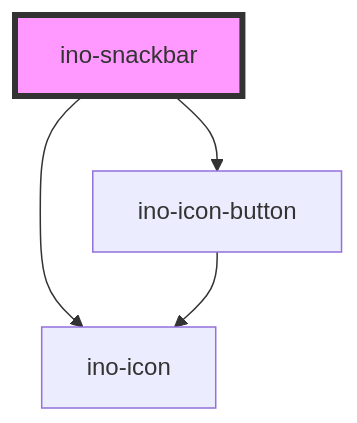
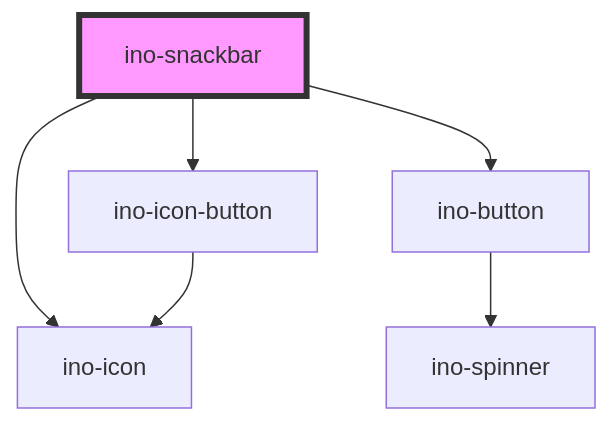
One commit to inovex/elements changed the diagram in packages/elements/src/components/ino-snackbar/readme.md. Above: the diagram before and after it, drawn with Mermaid. The commit also changed other lines of this file and 9 other files, not shown here.

Commit message:
feat(elements|ino-snackbar): improve accessibility for all snackbar variants

````diff
--- a/packages/elements/src/components/ino-snackbar/readme.md
+++ b/packages/elements/src/components/ino-snackbar/readme.md
@@ -55,7 +58,9 @@
 ```mermaid
 graph TD;
   ino-snackbar --> ino-icon
+  ino-snackbar --> ino-button
   ino-snackbar --> ino-icon-button
+  ino-button --> ino-spinner
   ino-icon-button --> ino-icon
   style ino-snackbar fill:#f9f,stroke:#333,stroke-width:4px
 ```
````
